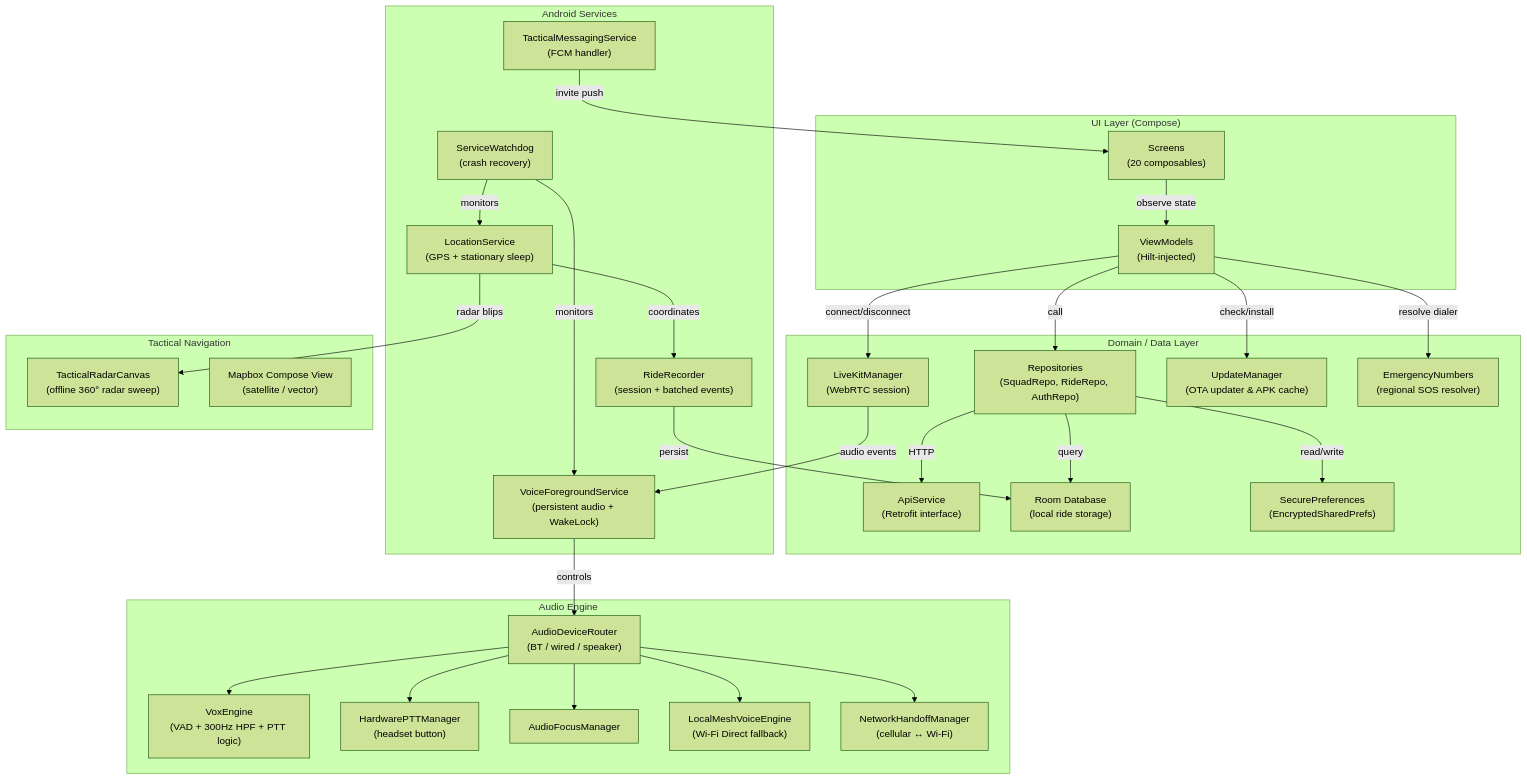
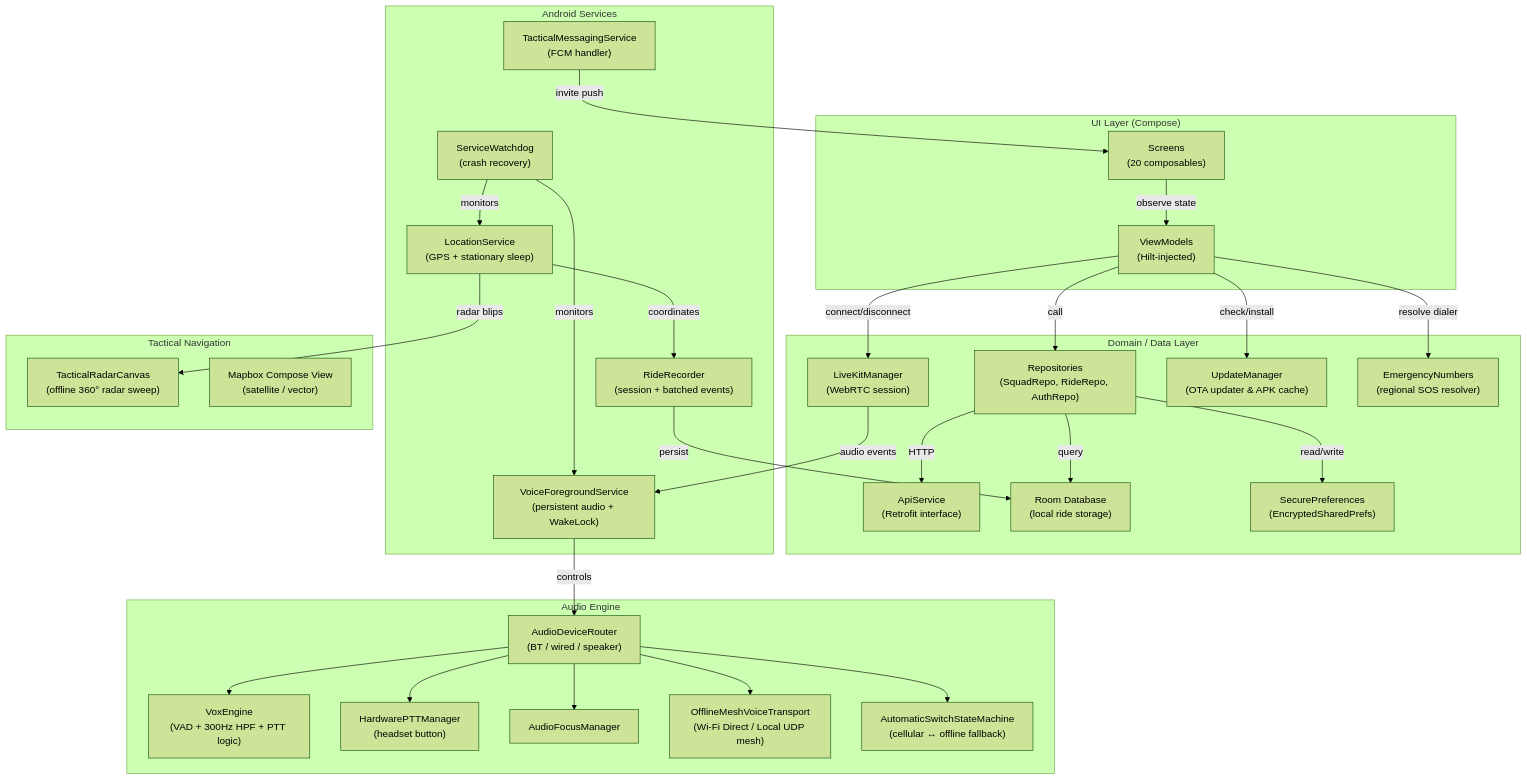
One commit to BuzyU/Rider_APP changed the second of 7 diagrams in ARCHITECTURE.md. Above: the diagram before and after it, drawn with Mermaid (forest theme). The commit also changed 7 other files, not shown here.

````diff
--- a/ARCHITECTURE.md
+++ b/ARCHITECTURE.md
@@ -55,61 +55,61 @@
 ```mermaid
 graph TB
     subgraph UI["UI Layer (Compose)"]
         Screens["Screens\n(20 composables)"]
         VMs["ViewModels\n(Hilt-injected)"]
     end
 
     subgraph Domain["Domain / Data Layer"]
         Repos["Repositories\n(SquadRepo, RideRepo, AuthRepo)"]
         ApiSvc["ApiService\n(Retrofit interface)"]
         LKMgr["LiveKitManager\n(WebRTC session)"]
         RoomDB["Room Database\n(local ride storage)"]
         SecPrefs["SecurePreferences\n(EncryptedSharedPrefs)"]
         UpdateMgr["UpdateManager\n(OTA updater & APK cache)"]
         EmergNum["EmergencyNumbers\n(regional SOS resolver)"]
     end
 
     subgraph Services["Android Services"]
         VoiceSvc["VoiceForegroundService\n(persistent audio + WakeLock)"]
         LocSvc["LocationService\n(GPS + stationary sleep)"]
         RideRec["RideRecorder\n(session + batched events)"]
         MsgSvc["TacticalMessagingService\n(FCM handler)"]
         Watchdog["ServiceWatchdog\n(crash recovery)"]
     end
 
     subgraph Audio["Audio Engine"]
         AudioRouter["AudioDeviceRouter\n(BT / wired / speaker)"]
         VoxEngine["VoxEngine\n(VAD + 300Hz HPF + PTT logic)"]
         PTT["HardwarePTTManager\n(headset button)"]
         AudioFocus["AudioFocusManager"]
-        Mesh["LocalMeshVoiceEngine\n(Wi-Fi Direct fallback)"]
-        Handoff["NetworkHandoffManager\n(cellular ↔ Wi-Fi)"]
+        Mesh["OfflineMeshVoiceTransport\n(Wi-Fi Direct / Local UDP mesh)"]
+        Handoff["AutomaticSwitchStateMachine\n(cellular ↔ offline fallback)"]
     end
 
     subgraph NavHUD["Tactical Navigation"]
         RadarHUD["TacticalRadarCanvas\n(offline 360° radar sweep)"]
         MapboxHUD["Mapbox Compose View\n(satellite / vector)"]
     end
 
     Screens -- "observe state" --> VMs
     VMs -- "call" --> Repos
     Repos -- "HTTP" --> ApiSvc
     Repos -- "query" --> RoomDB
     Repos -- "read/write" --> SecPrefs
     VMs -- "connect/disconnect" --> LKMgr
     VMs -- "check/install" --> UpdateMgr
     VMs -- "resolve dialer" --> EmergNum
     LKMgr -- "audio events" --> VoiceSvc
     VoiceSvc -- "controls" --> AudioRouter
     AudioRouter --> VoxEngine
     AudioRouter --> PTT
     AudioRouter --> AudioFocus
     AudioRouter --> Mesh
     AudioRouter --> Handoff
     LocSvc -- "coordinates" --> RideRec
     LocSvc -- "radar blips" --> RadarHUD
     RideRec -- "persist" --> RoomDB
     MsgSvc -- "invite push" --> Screens
     Watchdog -- "monitors" --> VoiceSvc
     Watchdog -- "monitors" --> LocSvc
 ```
````
